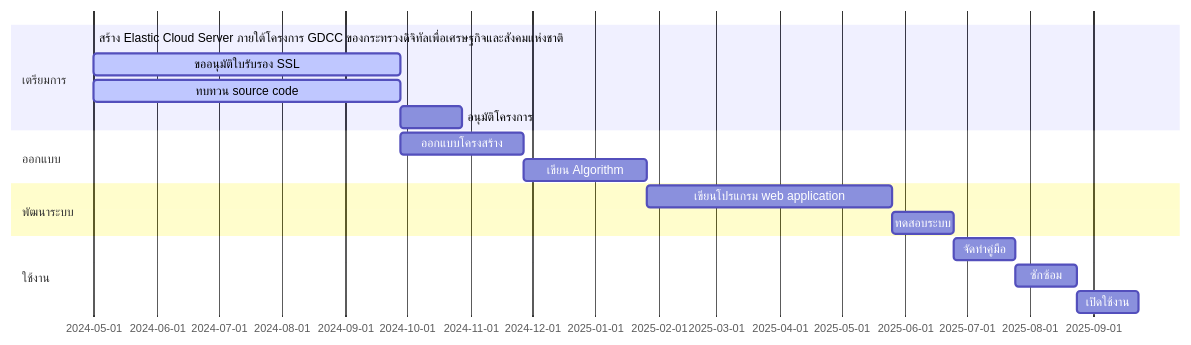
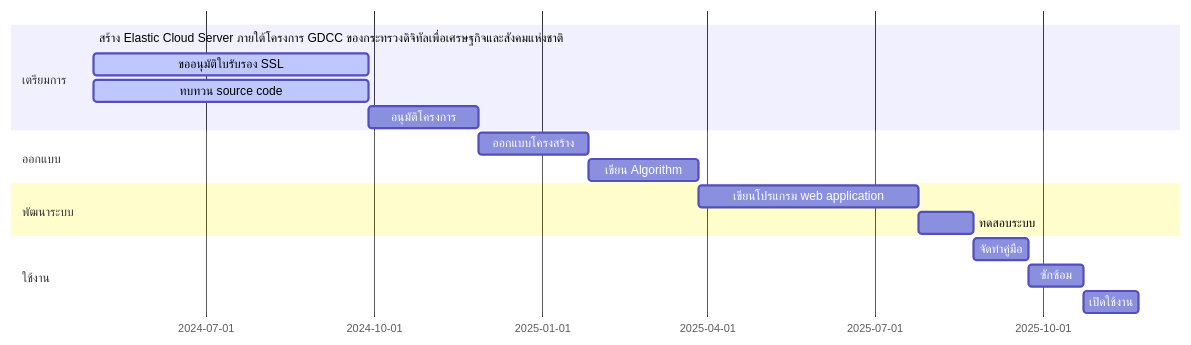
The first of 2 diagrams in README.md (Kietpawpan/e-tracking), drawn with Mermaid before and after one commit.

````diff
--- a/README.md
+++ b/README.md
@@ -10,20 +10,20 @@
 ```mermaid
 gantt
     section เตรียมการ
        สร้าง Elastic Cloud Server ภายใต้โครงการ GDCC ของกระทรวงดิจิทัลเพื่อเศรษฐกิจและสังคมแห่งชาติ :done,    des1, 2024-05-01,2024-05-30
        ขออนุมัติใบรับรอง SSL :active, des2, after des1, 150d
        ทบทวน source code : active, des3, after des1, 150d
-       อนุมัติโครงการ: a, after des3, 30d
+       อนุมัติโครงการ: a, after des3, 60d
     section ออกแบบ
-       ออกแบบโครงสร้าง  :  des4, after des3, 60d
+       ออกแบบโครงสร้าง  :  des4, after a, 60d
        เขียน Algorithm:   des5, after des4, 60d
     section พัฒนาระบบ
        เขียนโปรแกรม web application  :  des6, after des5, 120d
        ทดสอบระบบ:    des7, after des6, 30d
    section ใช้งาน
        จัดทำคู่มือ  :   des8, after des7, 30d
        ซักซ้อม :      des9, after des8, 30d
        เปิดใช้งาน:    des10, after des9, 30d
 
 
 ```
````
